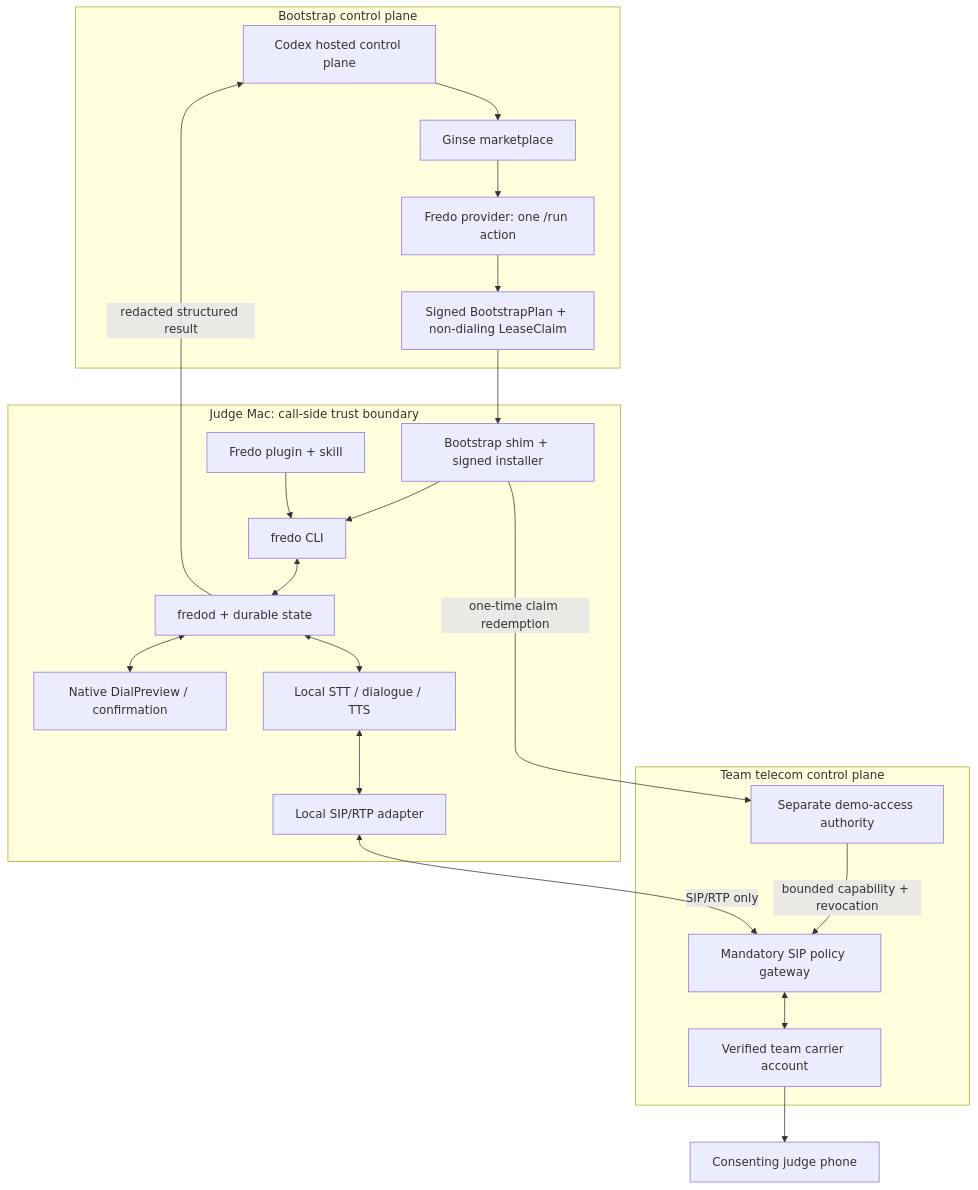
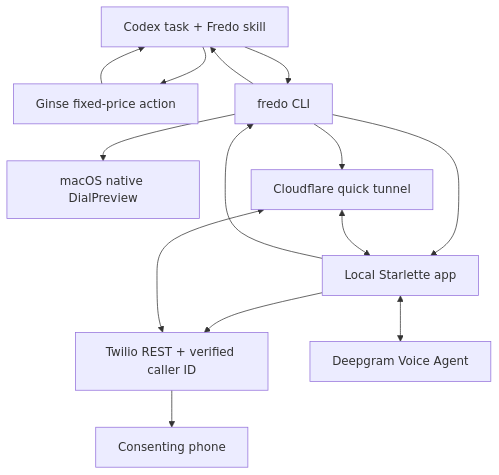
Before and after one commit to Caezarr/42hackathon: the first of 2 diagrams in docs/ARCHITECTURE.md, drawn with Mermaid. The commit also changed other lines of this file and 66 other files, not shown here.

Commit message:
Build Fredo Ginse-to-phone hackathon MVP

````diff
--- a/docs/ARCHITECTURE.md
+++ b/docs/ARCHITECTURE.md
@@ -22,43 +8,16 @@
 ```mermaid
 flowchart TB
-    subgraph Control["Bootstrap control plane"]
-      CODEX["Codex hosted control plane"]
-      GINSE["Ginse marketplace"]
-      PROVIDER["Fredo provider: one /run action"]
-      PLAN["Signed BootstrapPlan + non-dialing LeaseClaim"]
-      CODEX --> GINSE
-      GINSE --> PROVIDER
-      PROVIDER --> PLAN
-    end
-
-    subgraph Mac["Judge Mac: call-side trust boundary"]
-      BOOT["Bootstrap shim + signed installer"]
-      PLUGIN["Fredo plugin + skill"]
-      CLI["fredo CLI"]
-      UI["Native DialPreview / confirmation"]
-      DAEMON["fredod + durable state"]
-      AI["Local STT / dialogue / TTS"]
-      MEDIA["Local SIP/RTP adapter"]
-
-      BOOT --> CLI
-      PLUGIN --> CLI
-      CLI <--> DAEMON
-      DAEMON <--> UI
-      DAEMON <--> AI
-      AI <--> MEDIA
-    end
-
-    subgraph Telecom["Team telecom control plane"]
-      AUTH["Separate demo-access authority"]
-      GW["Mandatory SIP policy gateway"]
-      CARRIER["Verified team carrier account"]
-      AUTH -->|"bounded capability + revocation"| GW
-      GW <--> CARRIER
-    end
-
-    PLAN --> BOOT
-    BOOT -->|"one-time claim redemption"| AUTH
-    MEDIA <-->|"SIP/RTP only"| GW
-    CARRIER --> PHONE["Consenting judge phone"]
-    DAEMON -->|"redacted structured result"| CODEX
+    CODEX["Codex task + Fredo skill"] --> GINSE["Ginse fixed-price action"]
+    GINSE --> CODEX
+    CODEX --> CLI["fredo CLI"]
+    CLI --> CONFIRM["macOS native DialPreview"]
+    CLI --> TUNNEL["Cloudflare quick tunnel"]
+    CLI --> APP["Local Starlette app"]
+    APP --> TWILIO["Twilio REST + verified caller ID"]
+    TWILIO --> PHONE["Consenting phone"]
+    TWILIO <--> TUNNEL
+    TUNNEL <--> APP
+    APP <--> DEEPGRAM["Deepgram Voice Agent"]
+    APP --> CLI
+    CLI --> CODEX
 ```
````
